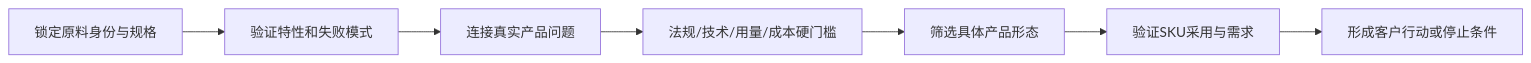
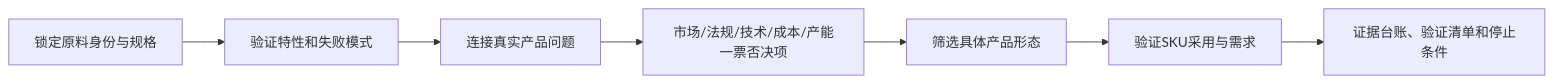
One commit to sherrywong0512/ingredient-opportunity-research changed the diagram in README.md. Above: the diagram before and after it, drawn with Mermaid. The commit also changed other lines of this file and 3 other files, not shown here.

````diff
--- a/README.md
+++ b/README.md
@@ -32,9 +32,9 @@
 ```mermaid
 flowchart LR
     A[锁定原料身份与规格] --> B[验证特性和失败模式]
     B --> C[连接真实产品问题]
-    C --> D[法规/技术/用量/成本硬门槛]
+    C --> D[市场/法规/技术/成本/产能一票否决项]
     D --> E[筛选具体产品形态]
     E --> F[验证SKU采用与需求]
-    F --> G[形成客户行动或停止条件]
+    F --> G[证据台账、验证清单和停止条件]
 ```
````
